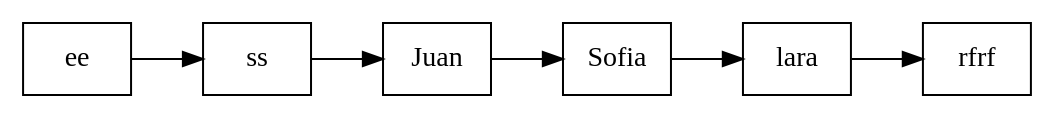
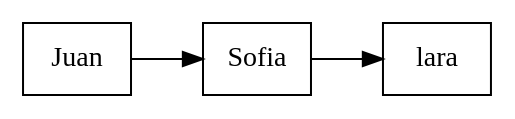
One commit to matiuuh/-EDD-Proyecto1_202203009 changed the diagram in output/usuarios.dot. Above: the diagram before and after it, drawn with Graphviz. The commit also changed 5 other files, not shown here.

```diff
--- a/output/usuarios.dot
+++ b/output/usuarios.dot
@@ -1,15 +1,9 @@
 digraph ListaUsuarios {
     rankdir=LR;
     node [shape=box];
-    usuario_ee [label="ee"];
-    usuario_ss [label="ss"];
-    usuario_ee -> usuario_ss;
     usuario_juan_perez_example_com [label="Juan"];
-    usuario_ss -> usuario_juan_perez_example_com;
     usuario_sofgon_example_com [label="Sofia"];
     usuario_juan_perez_example_com -> usuario_sofgon_example_com;
     usuario_laraa [label="lara"];
     usuario_sofgon_example_com -> usuario_laraa;
-    usuario_rfrf [label="rfrf"];
-    usuario_laraa -> usuario_rfrf;
 }
```
